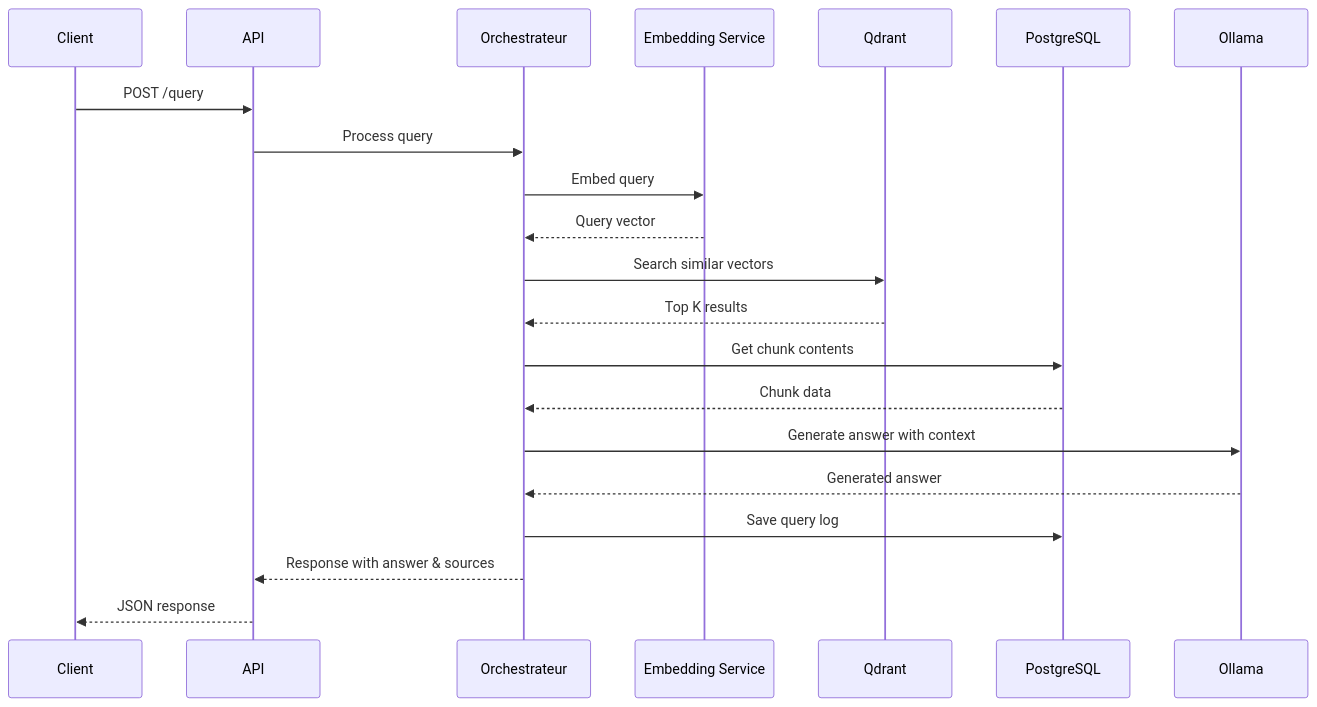
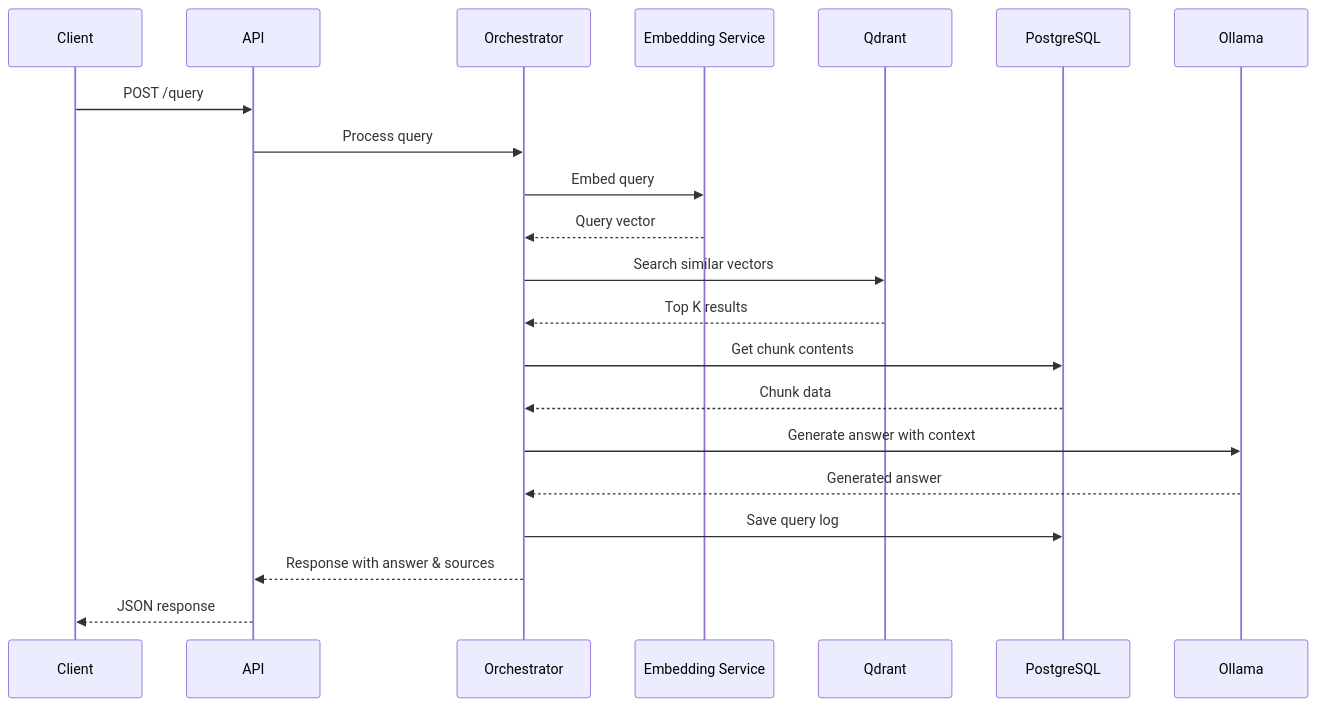
Before and after one commit to 3ntrop1a/openrag: the third of 3 diagrams in docs/architecture.mdx, drawn with Mermaid. The commit also changed other lines of this file and 6 other files, not shown here.

````diff
--- a/docs/architecture.mdx
+++ b/docs/architecture.mdx
@@ -116,24 +116,24 @@
 ```mermaid
 sequenceDiagram
     participant Client
     participant API
-    participant Orch as Orchestrateur
+    participant Orch as Orchestrator
     participant Embed as Embedding Service
     participant Qdrant
     participant DB as PostgreSQL
     participant LLM as Ollama
 
     Client->>API: POST /query
     API->>Orch: Process query
     Orch->>Embed: Embed query
     Embed-->>Orch: Query vector
     Orch->>Qdrant: Search similar vectors
     Qdrant-->>Orch: Top K results
     Orch->>DB: Get chunk contents
     DB-->>Orch: Chunk data
     Orch->>LLM: Generate answer with context
     LLM-->>Orch: Generated answer
     Orch->>DB: Save query log
     Orch-->>API: Response with answer & sources
     API-->>Client: JSON response
 ```
````
